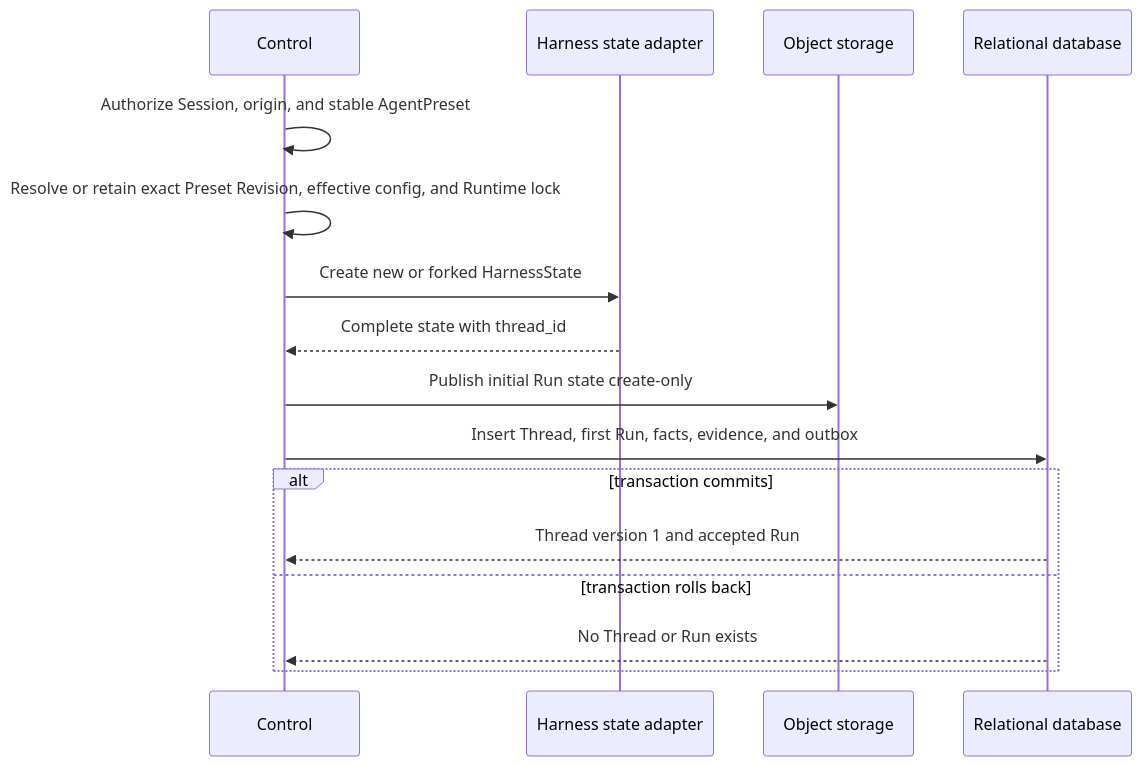
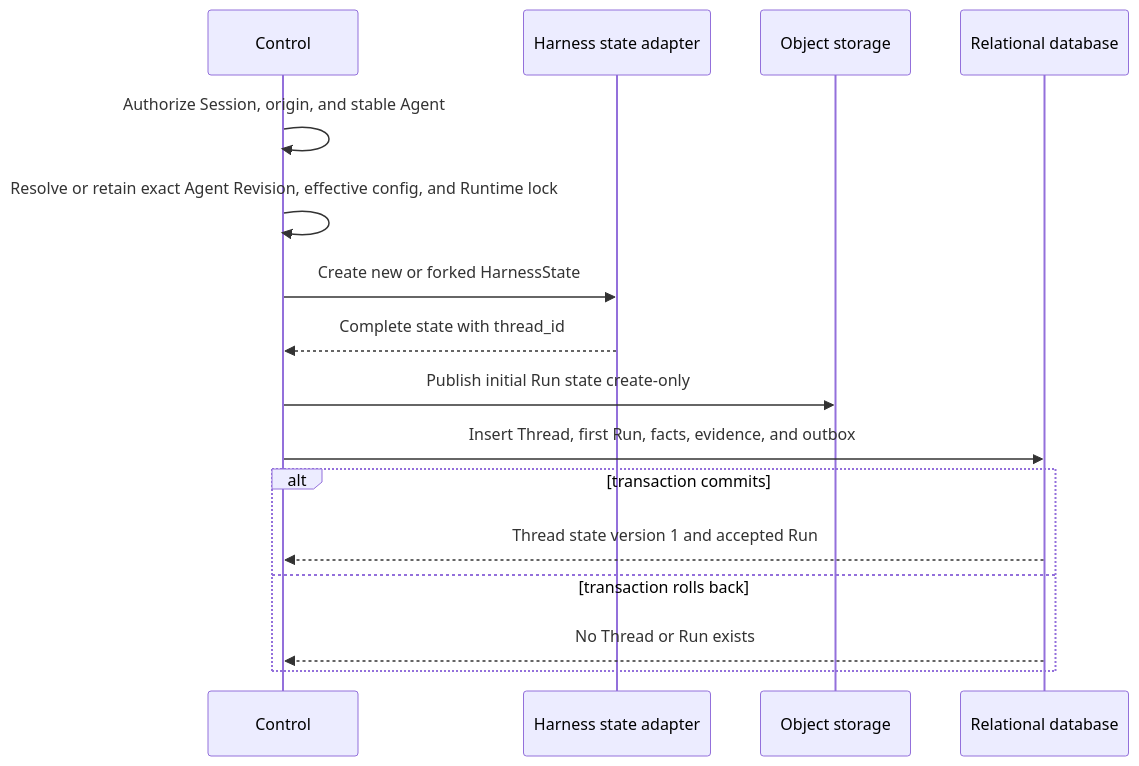
Before and after one commit to LTThreeComma/agent-foundation: the diagram in spec/foundation-service/24-thread-persistence.md, drawn with Mermaid. The commit also changed other lines of this file and 186 other files, not shown here.

````diff
--- a/spec/foundation-service/24-thread-persistence.md
+++ b/spec/foundation-service/24-thread-persistence.md
@@ -137,19 +137,19 @@
 ```mermaid
 sequenceDiagram
     participant Control
     participant Harness as Harness state adapter
     participant Objects as Object storage
     participant DB as Relational database
 
-    Control->>Control: Authorize Session, origin, and stable AgentPreset
-    Control->>Control: Resolve or retain exact Preset Revision, effective config, and Runtime lock
+    Control->>Control: Authorize Session, origin, and stable Agent
+    Control->>Control: Resolve or retain exact Agent Revision, effective config, and Runtime lock
     Control->>Harness: Create new or forked HarnessState
     Harness-->>Control: Complete state with thread_id
     Control->>Objects: Publish initial Run state create-only
     Control->>DB: Insert Thread, first Run, facts, evidence, and outbox
     alt transaction commits
-        DB-->>Control: Thread version 1 and accepted Run
+        DB-->>Control: Thread state version 1 and accepted Run
     else transaction rolls back
         DB-->>Control: No Thread or Run exists
     end
 ```
````
